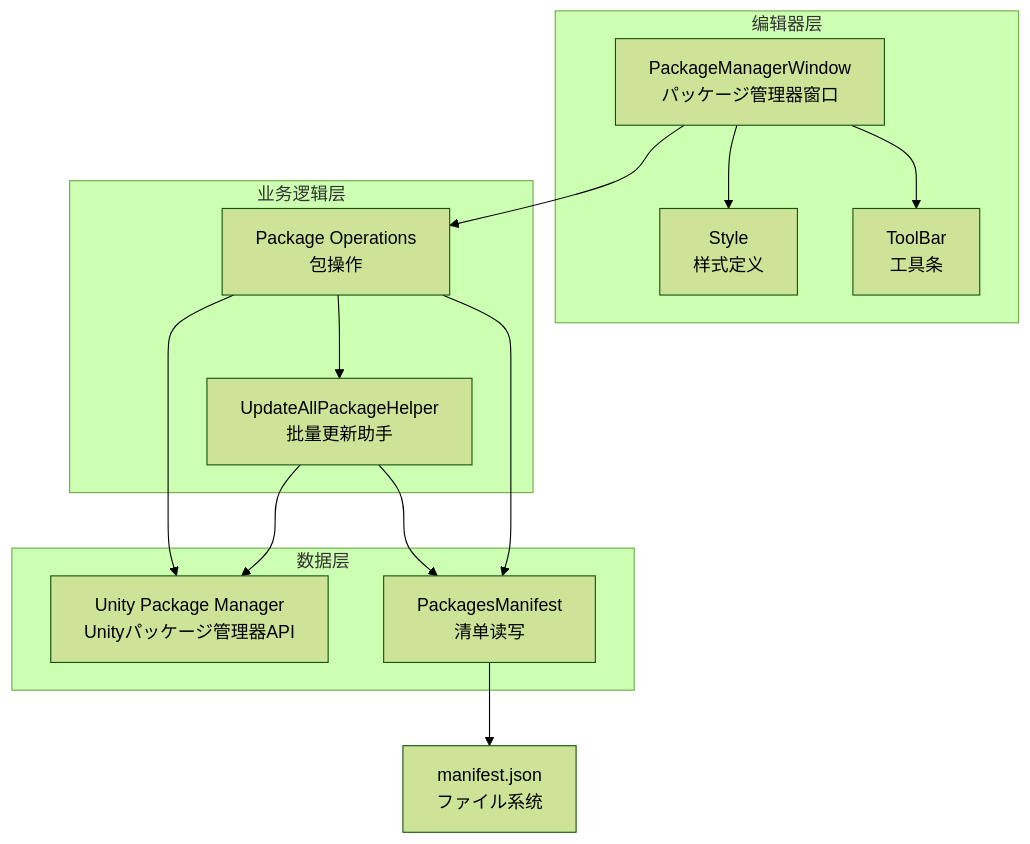
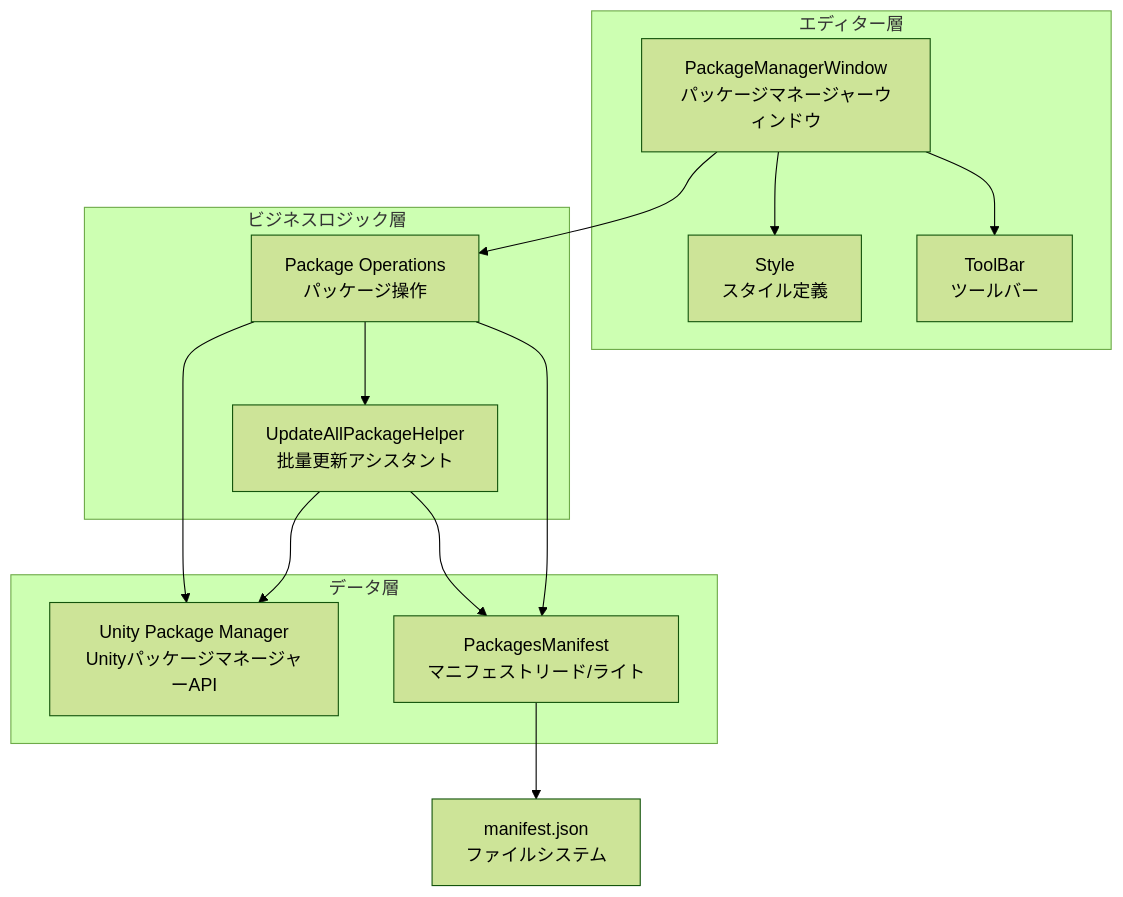
The first of 2 diagrams in docs/ja/client/unity/component/core/12.package-management.md (AlianBlank/GameFrameX.Docs), drawn with Mermaid (forest theme) before and after one commit. The commit also changed other lines of this file and 320 other files, not shown here.

````diff
--- a/docs/ja/client/unity/component/core/12.package-management.md
+++ b/docs/ja/client/unity/component/core/12.package-management.md
@@ -27,28 +27,28 @@
 ```mermaid
 graph TD
-    subgraph Editor["编辑器层"]
-        Window[PackageManagerWindow<br/>パッケージ管理器窗口]
-        Toolbar[ToolBar<br/>工具条]
-        Style[Style<br/>样式定义]
+    subgraph Editor["エディター層"]
+        Window[PackageManagerWindow<br/>パッケージマネージャーウィンドウ]
+        Toolbar[ToolBar<br/>ツールバー]
+        Style[Style<br/>スタイル定義]
     end
-    
-    subgraph Business["业务逻辑层"]
-        PackageOps[Package Operations<br/>包操作]
-        UpdateHelper[UpdateAllPackageHelper<br/>批量更新助手]
+
+    subgraph Business["ビジネスロジック層"]
+        PackageOps[Package Operations<br/>パッケージ操作]
+        UpdateHelper[UpdateAllPackageHelper<br/>批量更新アシスタント]
     end
-    
-    subgraph Data["数据层"]
-        Manifest[PackagesManifest<br/>清单读写]
-        UnityPM[Unity Package Manager<br/>Unityパッケージ管理器API]
+
+    subgraph Data["データ層"]
+        Manifest[PackagesManifest<br/>マニフェストリード/ライト]
+        UnityPM[Unity Package Manager<br/>UnityパッケージマネージャーAPI]
     end
-    
+
     Window --> Toolbar
     Window --> Style
     Window --> PackageOps
     PackageOps --> Manifest
     PackageOps --> UpdateHelper
     PackageOps --> UnityPM
     UpdateHelper --> Manifest
     UpdateHelper --> UnityPM
-    Manifest --> File[manifest.json<br/>ファイル系统]
+    Manifest --> File[manifest.json<br/>ファイルシステム]
 ```
````
